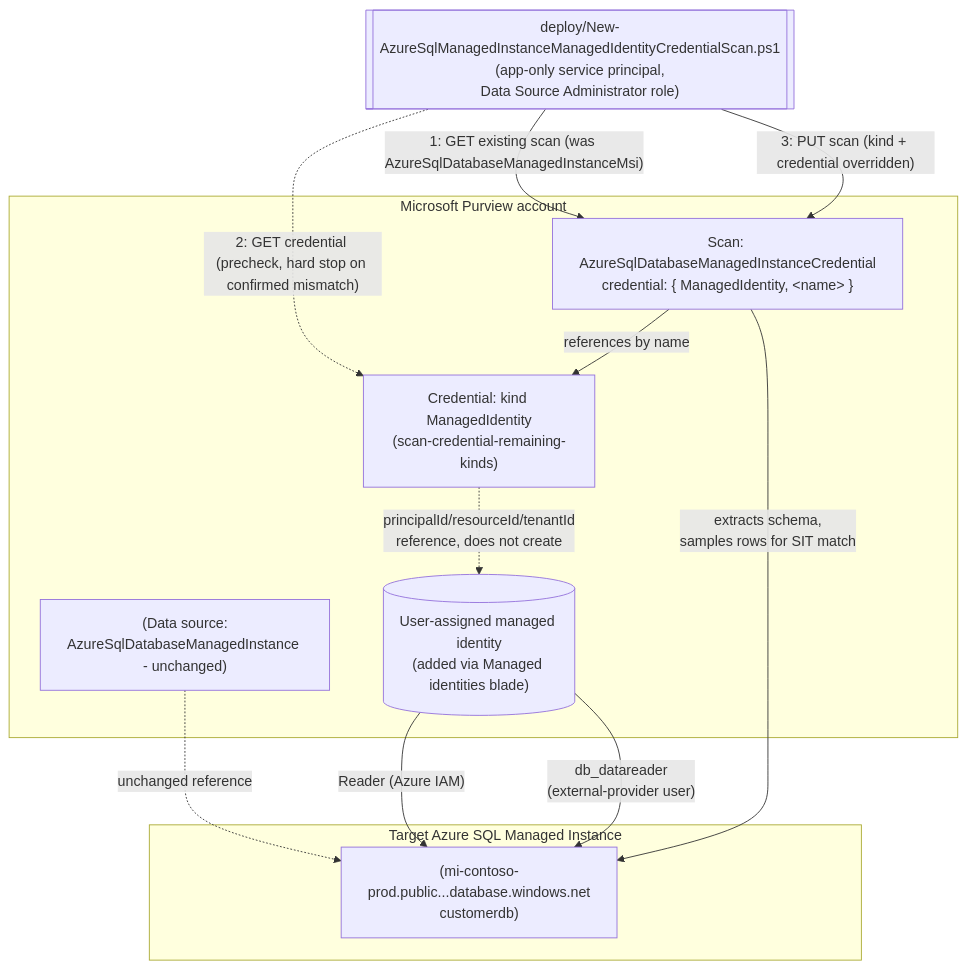
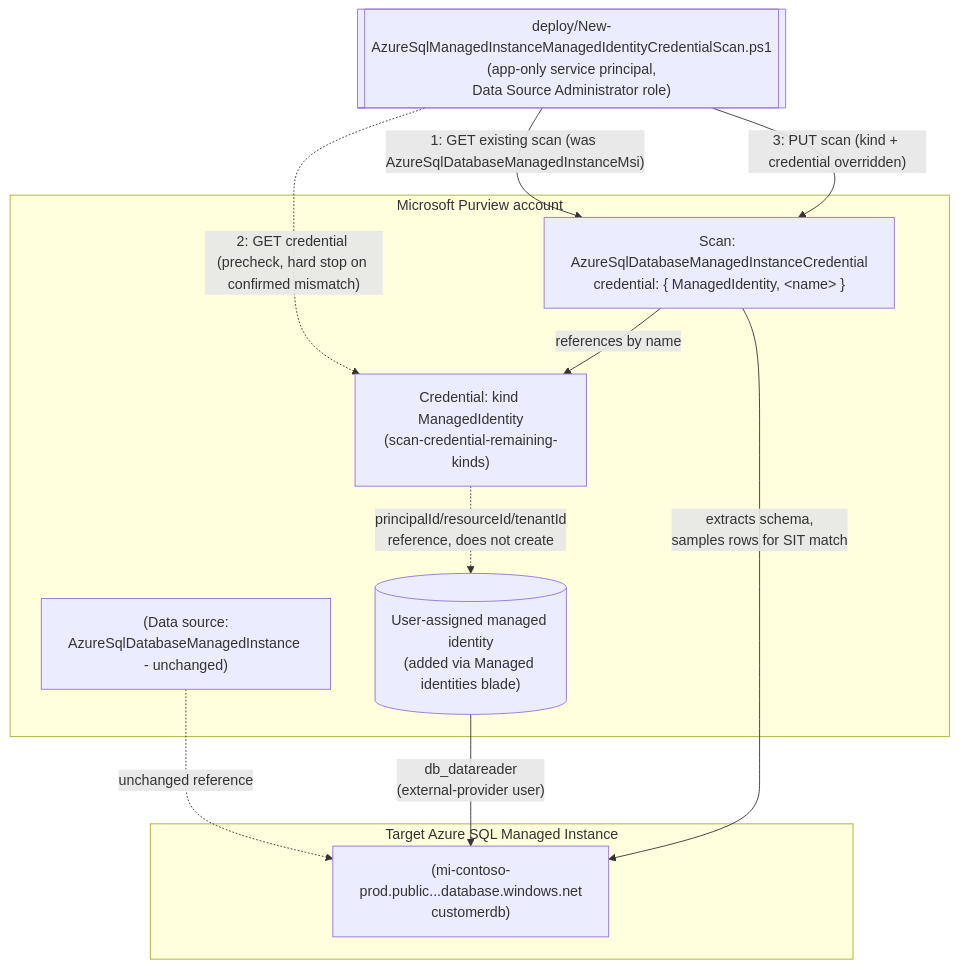
One commit to kpsec1/kpsec1.github.io changed the diagram in src/content/scenarios/data-map/scan-azure-sql-managed-instance-and-classify-managed-identity-credential.md. Above: the diagram before and after it, drawn with Mermaid. The commit also changed other lines of this file and 701 other files, not shown here.

````diff
--- a/src/content/scenarios/data-map/scan-azure-sql-managed-instance-and-classify-managed-identity-credential.md
+++ b/src/content/scenarios/data-map/scan-azure-sql-managed-instance-and-classify-managed-identity-credential.md
@@ -68,26 +42,25 @@
 ```mermaid
 flowchart TD
     subgraph Azure["Target Azure SQL Managed Instance"]
         MI["(mi-contoso-prod.public...database.windows.net<br/>customerdb)"]
     end
 
     subgraph Purview["Microsoft Purview account"]
         UAMI[("User-assigned managed identity<br/>(added via Managed identities blade)")]
         Cred["Credential: kind ManagedIdentity<br/>(scan-credential-remaining-kinds)"]
         DS["(Data source:<br/>AzureSqlDatabaseManagedInstance - unchanged)"]
         Scan["Scan: AzureSqlDatabaseManagedInstanceCredential<br/>credential: { ManagedIdentity, &lt;name&gt; }"]
     end
 
     Deployer[["deploy/New-AzureSqlManagedInstanceManagedIdentityCredentialScan.ps1<br/>(app-only service principal,<br/>Data Source Administrator role)"]]
 
     Deployer -- "1: GET existing scan (was AzureSqlDatabaseManagedInstanceMsi)" --> Scan
     Deployer -. "2: GET credential (precheck, hard stop on confirmed mismatch)" .-> Cred
     Deployer -- "3: PUT scan (kind + credential overridden)" --> Scan
 
     DS -.->|unchanged reference| MI
     Scan -- "references by name" --> Cred
     Cred -. "principalId/resourceId/tenantId<br/>reference, does not create" .-> UAMI
-    UAMI -- "Reader (Azure IAM)" --> MI
     UAMI -- "db_datareader<br/>(external-provider user)" --> MI
     Scan -- "extracts schema,<br/>samples rows for SIT match" --> MI
 ```
````
